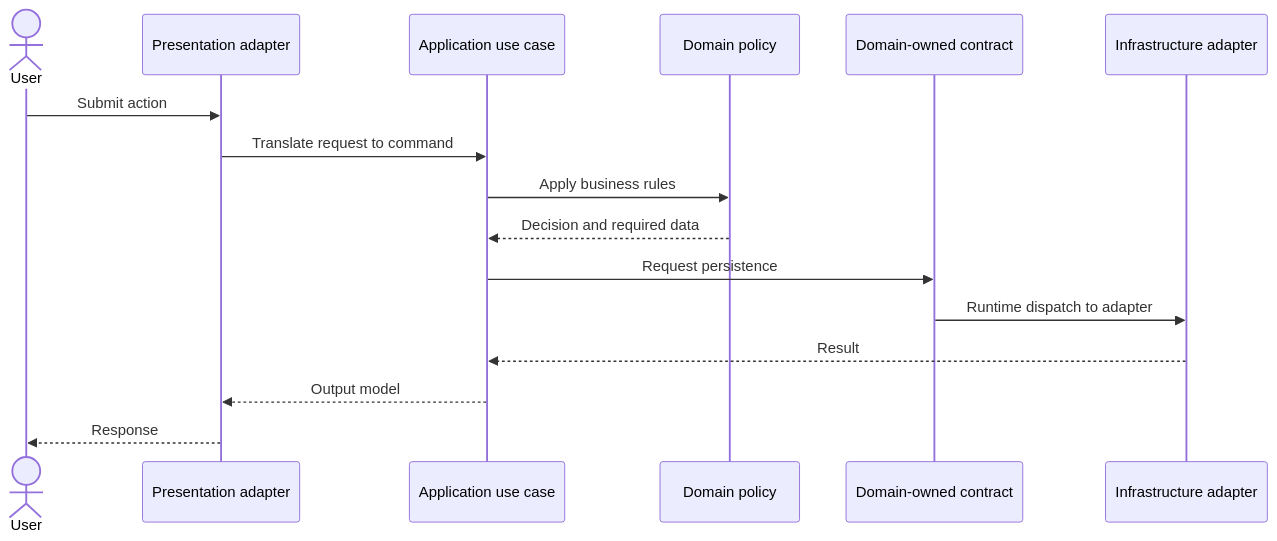
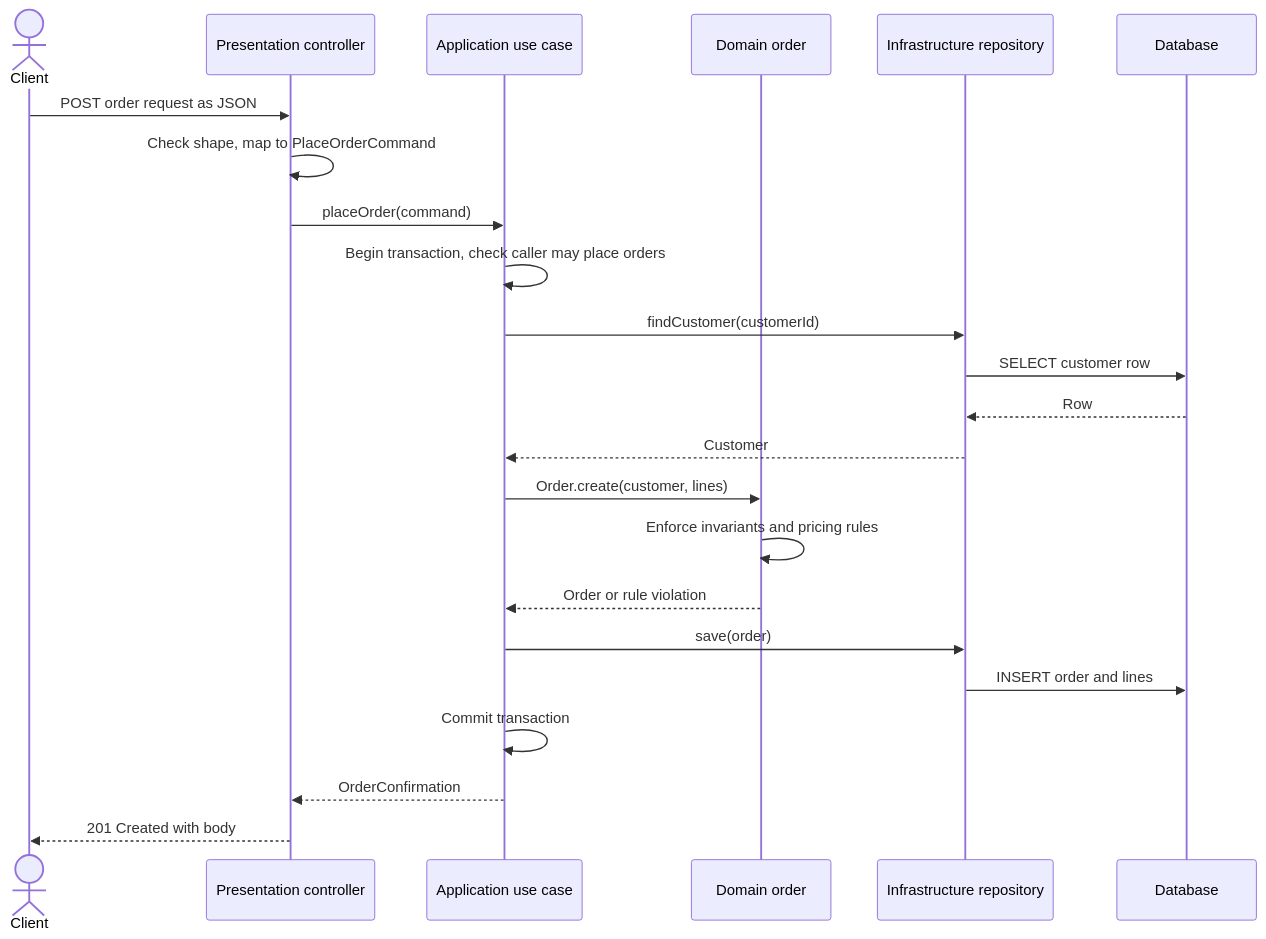
One commit to joydasss/Architect changed the fourth of 12 diagrams in 20_Architecture_Patterns/CH01_Layered_Architecture.md. Above: the diagram before and after it, drawn with Mermaid. The commit also changed other lines of this file and 295 other files, not shown here.

````diff
--- a/20_Architecture_Patterns/CH01_Layered_Architecture.md
+++ b/20_Architecture_Patterns/CH01_Layered_Architecture.md
@@ -31,18 +173,25 @@
 ```mermaid
 sequenceDiagram
-    actor User
-    participant UI as Presentation adapter
-    participant UseCase as Application use case
-    participant Domain as Domain policy
-    participant Port as Domain-owned contract
-    participant Repo as Infrastructure adapter
-    User->>UI: Submit action
-    UI->>UseCase: Translate request to command
-    UseCase->>Domain: Apply business rules
-    Domain-->>UseCase: Decision and required data
-    UseCase->>Port: Request persistence
-    Port->>Repo: Runtime dispatch to adapter
-    Repo-->>UseCase: Result
-    UseCase-->>UI: Output model
-    UI-->>User: Response
+    actor Client
+    participant Ctl as Presentation controller
+    participant Svc as Application use case
+    participant Dom as Domain order
+    participant Repo as Infrastructure repository
+    participant DB as Database
+    Client->>Ctl: POST order request as JSON
+    Ctl->>Ctl: Check shape, map to PlaceOrderCommand
+    Ctl->>Svc: placeOrder(command)
+    Svc->>Svc: Begin transaction, check caller may place orders
+    Svc->>Repo: findCustomer(customerId)
+    Repo->>DB: SELECT customer row
+    DB-->>Repo: Row
+    Repo-->>Svc: Customer
+    Svc->>Dom: Order.create(customer, lines)
+    Dom->>Dom: Enforce invariants and pricing rules
+    Dom-->>Svc: Order or rule violation
+    Svc->>Repo: save(order)
+    Repo->>DB: INSERT order and lines
+    Svc->>Svc: Commit transaction
+    Svc-->>Ctl: OrderConfirmation
+    Ctl-->>Client: 201 Created with body
 ```
````
